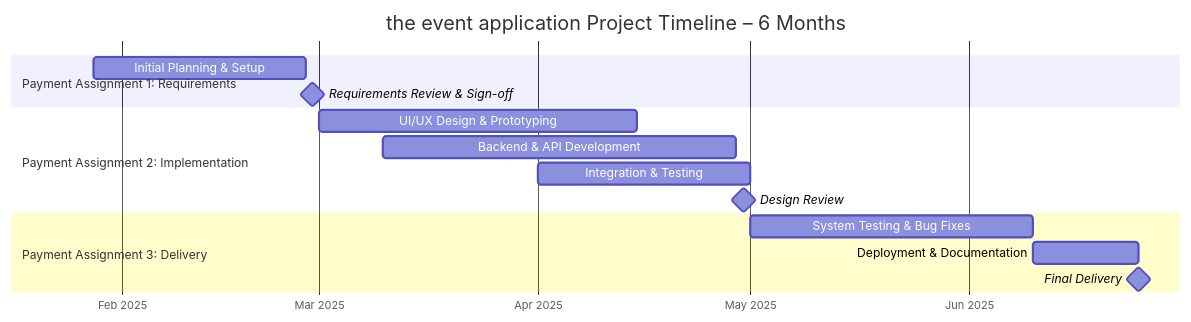
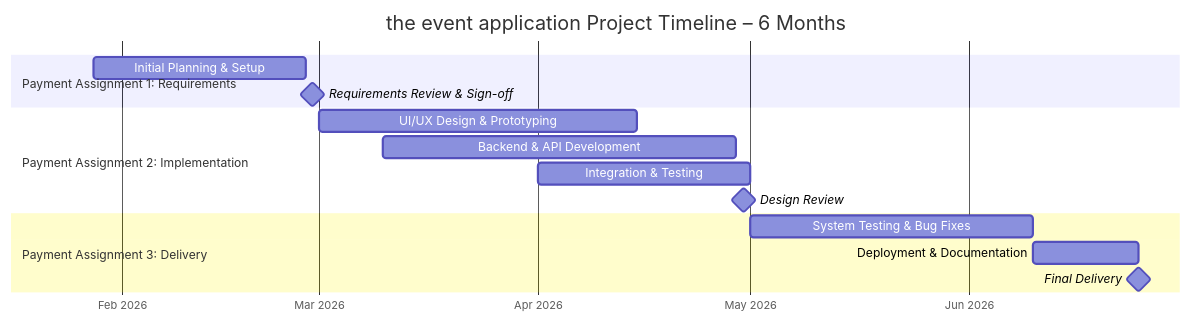
Before and after one commit to Inshal2007/Project-management-assignment: the diagram in README.md, drawn with Mermaid. The commit also changed other lines of this file, not shown here.

````diff
--- a/README.md
+++ b/README.md
@@ -146,21 +146,21 @@
 ```mermaid
 gantt
     title the event application Project Timeline – 6 Months
     dateFormat  YYYY-MM-DD
     axisFormat  %b %Y
 
     section Payment Assignment 1: Requirements
-    Initial Planning & Setup       :2025-01-28, 30d
-    Requirements Review & Sign-off :milestone, 2025-02-28, 0d
+    Initial Planning & Setup       :2026-01-28, 30d
+    Requirements Review & Sign-off :milestone, 2026-02-28, 0d
 
     section Payment Assignment 2: Implementation
-    UI/UX Design & Prototyping     :2025-03-01, 45d
-    Backend & API Development     :2025-03-10, 50d
-    Integration & Testing         :2025-04-01, 30d
-    Design Review                 :milestone, 2025-04-30, 0d
+    UI/UX Design & Prototyping     :2026-03-01, 45d
+    Backend & API Development     :2026-03-10, 50d
+    Integration & Testing         :2026-04-01, 30d
+    Design Review                 :milestone, 2026-04-30, 0d
 
     section Payment Assignment 3: Delivery
-    System Testing & Bug Fixes    :2025-05-01, 40d
-    Deployment & Documentation   :2025-06-10, 15d
-    Final Delivery                :milestone, 2025-06-25, 0d
+    System Testing & Bug Fixes    :2026-05-01, 40d
+    Deployment & Documentation   :2026-06-10, 15d
+    Final Delivery                :milestone, 2026-06-25, 0d
 ```
````
